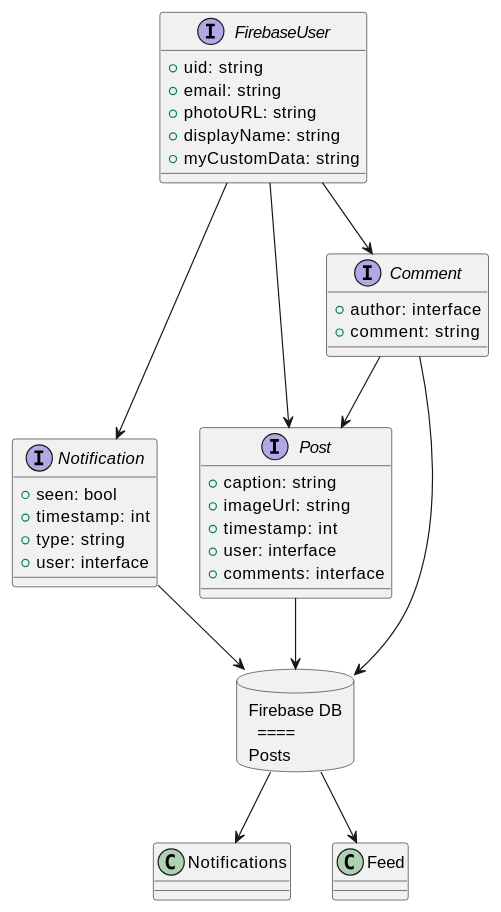
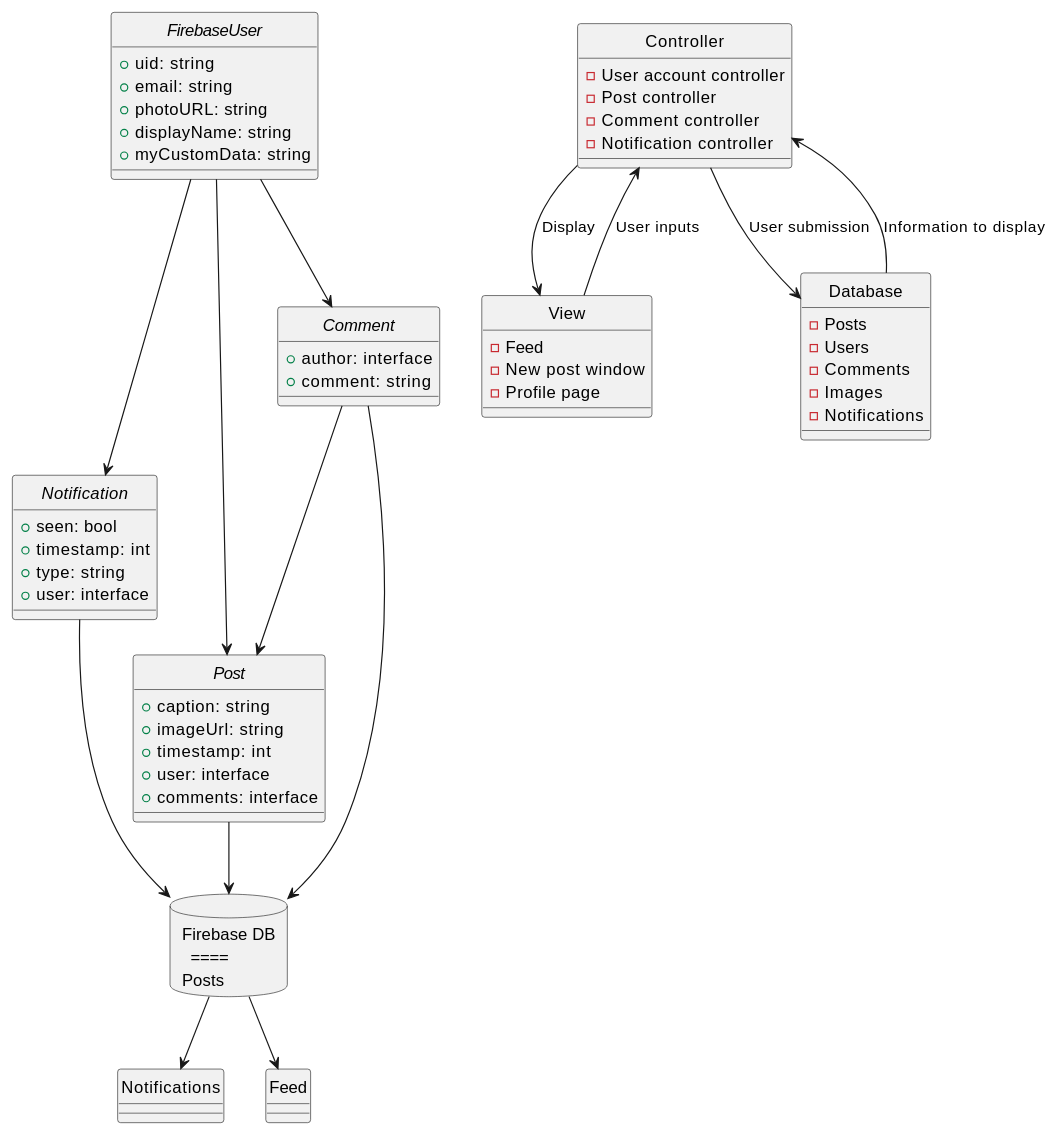
The diagram in docs/User-Account-To-Backend.md (CamilBouzidi/-REDACTED-a-SOEN-341-Repo), drawn with PlantUML before and after one commit.

Commit message:
[#93] Added MVC diagram

````diff
--- a/docs/User-Account-To-Backend.md
+++ b/docs/User-Account-To-Backend.md
@@ -5,53 +5,81 @@
 ```plantuml
 @startuml
 
 interface FirebaseUser {
   + uid: string
   + email: string
   + photoURL: string
   + displayName: string
   + myCustomData: string
 }
 
 interface Notification {
   + seen: bool
   + timestamp: int
   + type: string
   + user: interface
 }
 
 class Notifications
 
 database Firebase as "
 Firebase DB
   ====
 Posts
 "
 
 interface Post {
   + caption: string
   + imageUrl: string
   + timestamp: int
   + user: interface
   + comments: interface
 }
 
 interface Comment {
   + author: interface
   + comment: string
 }
 
 class Feed
 
 Post --> Firebase
 Comment --> Post
 Comment --> Firebase
 FirebaseUser --> Post
 FirebaseUser --> Comment
 Firebase --> Feed
 Notification --> Firebase
 Firebase --> Notifications
 FirebaseUser --> Notification
 
+class Controller{
+  - User account controller
+  - Post controller
+  - Comment controller
+  - Notification controller
+}
+
+class View{
+  - Feed
+  - New post window
+  - Profile page
+}
+
+class Database{
+  - Posts
+  - Users
+  - Comments
+  - Images
+  - Notifications
+}
+
+hide circle
+
+View --> Controller : User inputs
+Controller --> View : Display
+Controller --> Database : User submission
+Database --> Controller : Information to display
+
 @enduml
 ```
````
